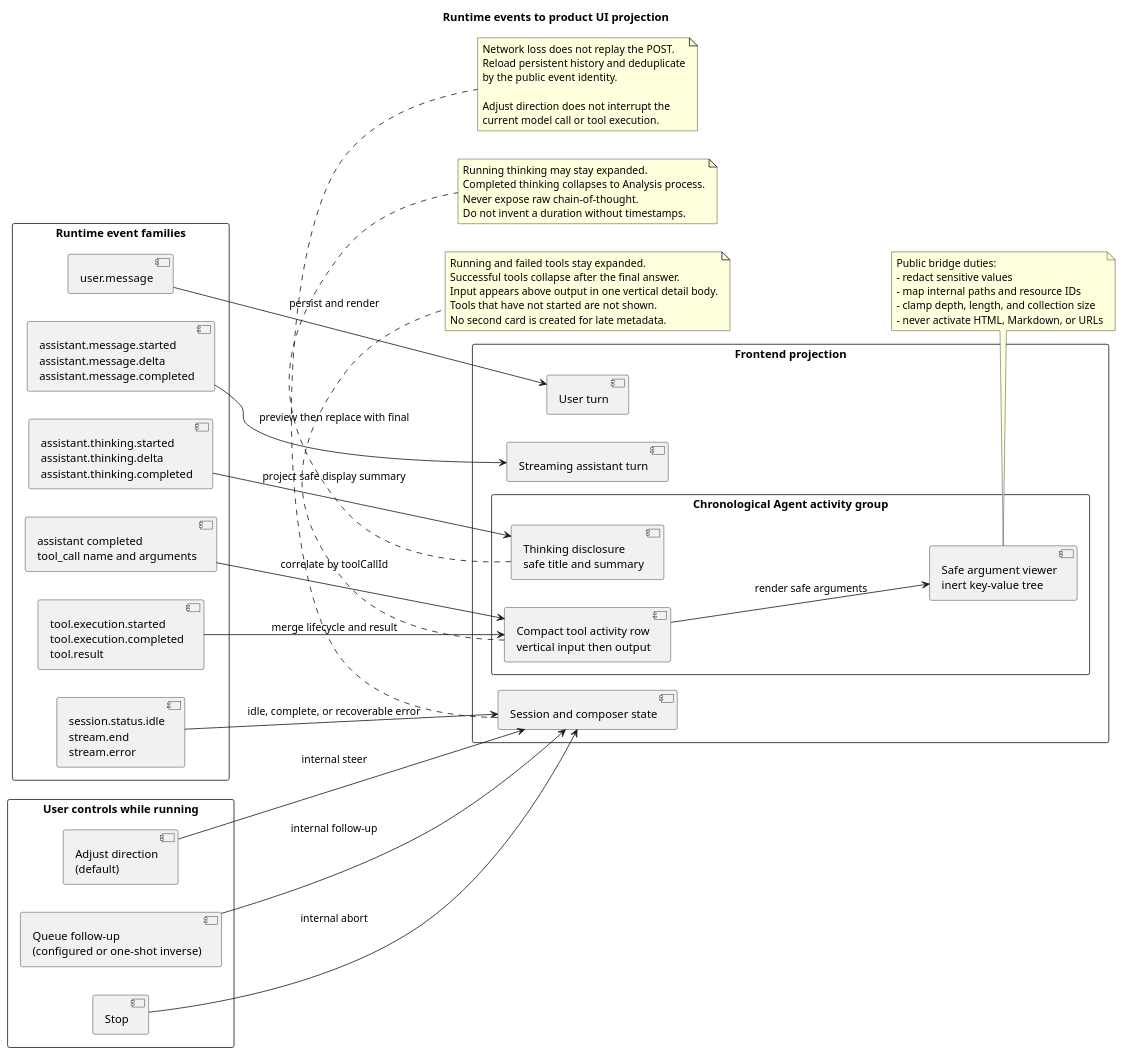
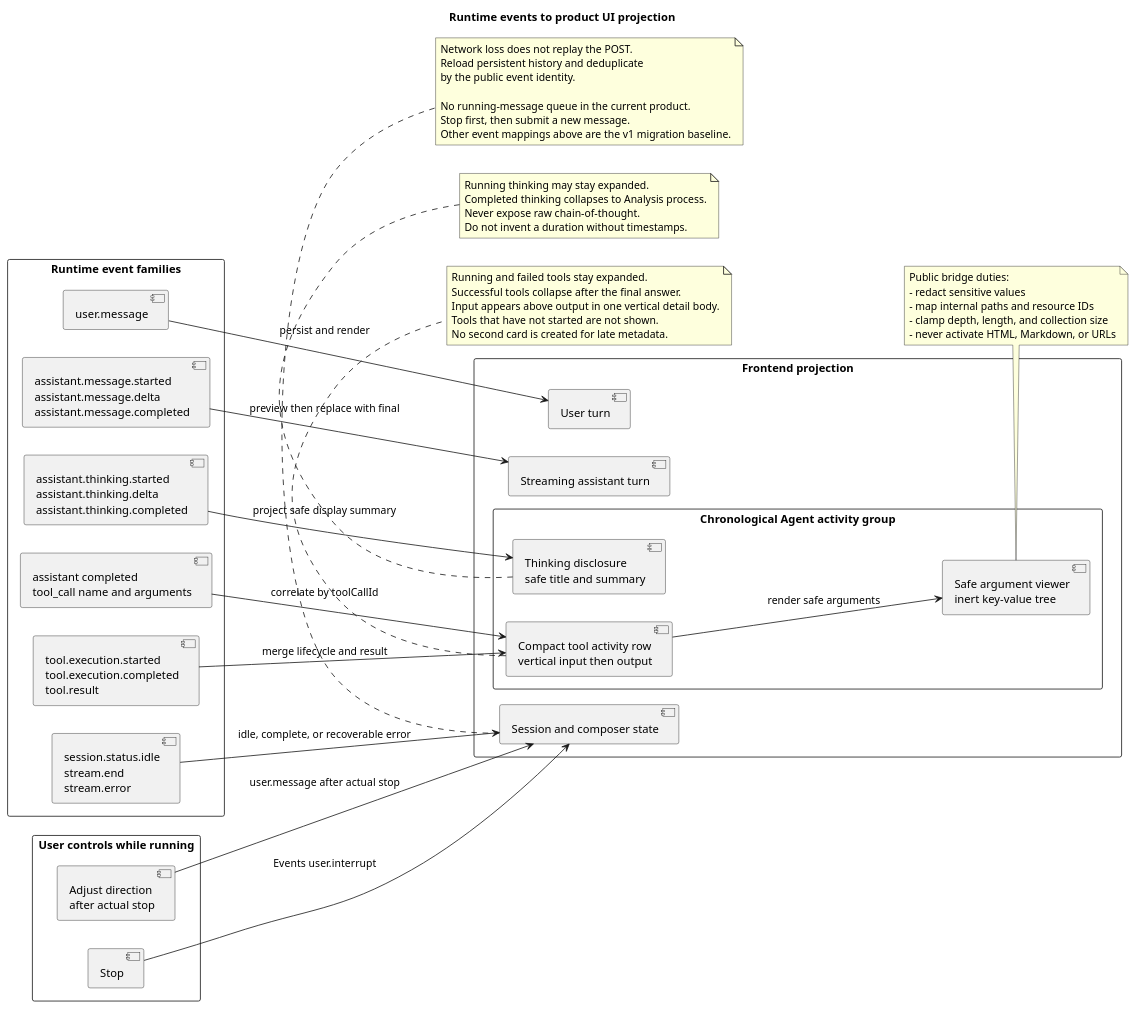
One commit to ssm0808/pi-mono-java-design changed the fourth of 4 diagrams in 01-总体架构/04-CampusClaw前端体验/diagram.puml. Above: the diagram before and after it, drawn with PlantUML. The commit also changed 46 other files, not shown here.

```diff
--- a/01-总体架构/04-CampusClaw前端体验/diagram.puml
+++ b/01-总体架构/04-CampusClaw前端体验/diagram.puml
@@ -237,88 +237,87 @@
 @startuml runtime_event_ui_projection
 ' Source baseline: pi-mono-java bde123706305a41e51c9a47b22e6ad11bbd8204c.
 ' Source evidence: frontend/src/components/ConversationTimeline.vue lines 37-65 (thinking disclosure and result-only activity card).
 ' Source evidence: frontend/src/projectors/runtimeEventProjector.ts lines 40-90 and 112-145 (assistant, thinking, and result-only tool projection).
 ' Source evidence: frontend/src/types/product.ts lines 22-37 (AssistantTurn and ActivityTurn without arguments).
 ' Source evidence: modules/coding-agent-cli/src/main/java/com/campusclaw/codingagent/runtimeapi/event/RuntimeEventProjector.java lines 149-213 and 257-285.
 ' Source evidence: modules/coding-agent-cli/src/main/java/com/campusclaw/codingagent/runtimeapi/event/RuntimeEntryCodec.java lines 67-88, 430-442, 512-517, and 557-601.
 ' Product-reference evidence: ChatGPT.app 26.820.60940 webview/assets/tool-activity-disclosure-CZUjU0Tu.js, agent-activity-item-BL0IhzOn.js, reasoning-item-heading-Cdl3NWmT.js, and local-conversation-turn-Ngva_Lp3.js.
 ' Observed behavior: thinking is attached to the assistant body; the frontend activity card shows result only; tool lifecycle events omit arguments, while assistant completed content preserves tool_call arguments.
 ' Target-only design: a chronological activity group, safe thinking summary, and safe argument viewer are not implemented at this baseline.
 ' Security hardening: the public bridge redacts, maps, and budgets arguments before the browser renders inert structured text.
 ' Security hardening: raw private reasoning remains internal; the browser receives only a user-facing thinking title and summary.
 ' Observed Codex behavior: activity rows are compact disclosures; details are vertical and indented; the running item opens by default and completed items collapse.
 ' Design reason: correlate ToolCallSpec, lifecycle, and result by toolCallId so safe thinking context and real tool inputs stay readable without exposing raw protocol data.
 
 title Runtime events to product UI projection
 left to right direction
 
 rectangle "Runtime event families" as Events {
   component "user.message" as UserEvent
   component "assistant.message.started\nassistant.message.delta\nassistant.message.completed" as AssistantEvents
   component "assistant.thinking.started\nassistant.thinking.delta\nassistant.thinking.completed" as ThinkingEvents
   component "assistant completed\ntool_call name and arguments" as ToolSpec
   component "tool.execution.started\ntool.execution.completed\ntool.result" as ToolEvents
   component "session.status.idle\nstream.end\nstream.error" as TerminalEvents
 }
 
 rectangle "Frontend projection" as Projection {
   component "User turn" as UserTurn
   component "Streaming assistant turn" as AssistantTurn
   rectangle "Chronological Agent activity group" as ActivityGroup {
     component "Thinking disclosure\nsafe title and summary" as ThinkingRow
     component "Compact tool activity row\nvertical input then output" as ActivityCard
     component "Safe argument viewer\ninert key-value tree" as ArgumentViewer
   }
   component "Session and composer state" as SessionState
 }
 
 rectangle "User controls while running" as Controls {
-  component "Adjust direction\n(default)" as Adjust
-  component "Queue follow-up\n(configured or one-shot inverse)" as Continue
+  component "Adjust direction\nafter actual stop" as Adjust
   component "Stop" as Stop
 }
 
 UserEvent --> UserTurn : persist and render
 AssistantEvents --> AssistantTurn : preview then replace with final
 ThinkingEvents --> ThinkingRow : project safe display summary
 ToolSpec --> ActivityCard : correlate by toolCallId
 ToolEvents --> ActivityCard : merge lifecycle and result
 ActivityCard --> ArgumentViewer : render safe arguments
 TerminalEvents --> SessionState : idle, complete, or recoverable error
 
-Adjust --> SessionState : internal steer
-Continue --> SessionState : internal follow-up
-Stop --> SessionState : internal abort
+Adjust --> SessionState : user.message after actual stop
+Stop --> SessionState : Events user.interrupt
 
 note bottom of ActivityCard
 Running and failed tools stay expanded.
 Successful tools collapse after the final answer.
 Input appears above output in one vertical detail body.
 Tools that have not started are not shown.
 No second card is created for late metadata.
 end note
 
 note bottom of ThinkingRow
 Running thinking may stay expanded.
 Completed thinking collapses to Analysis process.
 Never expose raw chain-of-thought.
 Do not invent a duration without timestamps.
 end note
 
 note bottom of ArgumentViewer
 Public bridge duties:
 - redact sensitive values
 - map internal paths and resource IDs
 - clamp depth, length, and collection size
 - never activate HTML, Markdown, or URLs
 end note
 
 note bottom of SessionState
 Network loss does not replay the POST.
 Reload persistent history and deduplicate
 by the public event identity.
 
-Adjust direction does not interrupt the
-current model call or tool execution.
+No running-message queue in the current product.
+Stop first, then submit a new message.
+Other event mappings above are the v1 migration baseline.
 end note
 @enduml
```
